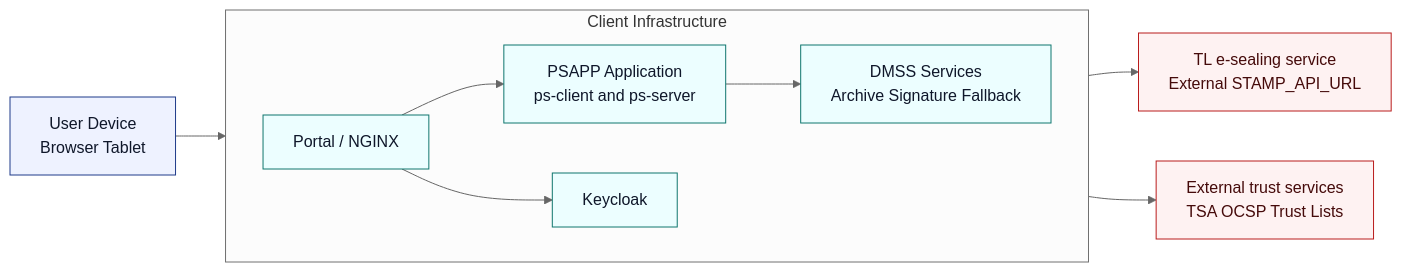
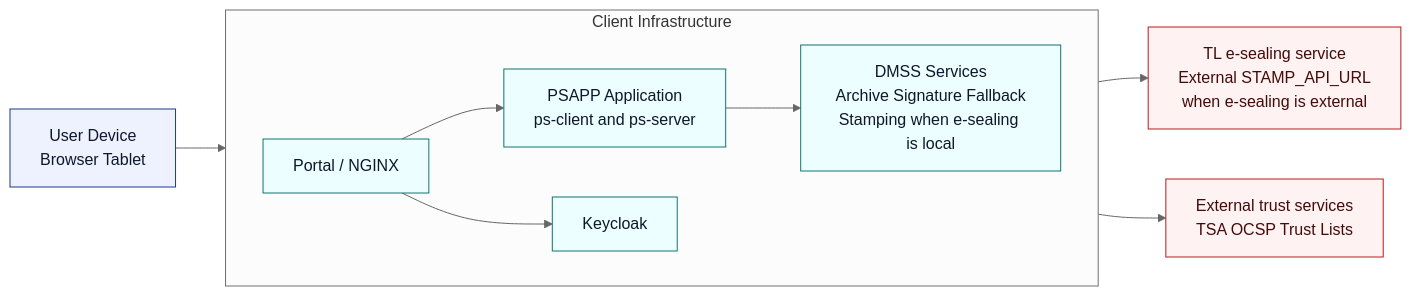
One commit to mihailsgo/ps-app-cloud-deployment changed the diagram in documentation/34-03-very-high-level-component-view.md. Above: the diagram before and after it, drawn with Mermaid (neutral theme). The commit also changed 11 other files, not shown here.

First line of the commit message:
docs: fix stale Keycloak, config and architecture docs found in the psapp audit

````diff
--- a/documentation/34-03-very-high-level-component-view.md
+++ b/documentation/34-03-very-high-level-component-view.md
@@ -3,26 +3,26 @@
 ```mermaid
 flowchart LR
   classDef user fill:#eef2ff,stroke:#1e3a8a,stroke-width:1px,color:#0f172a;
   classDef core fill:#ecfeff,stroke:#0f766e,stroke-width:1px,color:#0f172a;
   classDef ext fill:#fef2f2,stroke:#b91c1c,stroke-width:1px,color:#450a0a;
 
   User[User Device<br/>Browser Tablet]:::user
 
   subgraph ClientNet[Client Infrastructure]
     direction LR
     NGINX[Portal / NGINX]:::core
     PSAPP[PSAPP Application<br/>ps-client and ps-server]:::core
-    DMSS[DMSS Services<br/>Archive Signature Fallback]:::core
+    DMSS[DMSS Services<br/>Archive Signature Fallback<br/>Stamping when e-sealing is local]:::core
     IDP[Keycloak]:::core
   end
 
-  ESeal[TL e-sealing service<br/>External STAMP_API_URL]:::ext
+  ESeal[TL e-sealing service<br/>External STAMP_API_URL<br/>when e-sealing is external]:::ext
   Trust[External trust services<br/>TSA OCSP Trust Lists]:::ext
 
   User --> NGINX
   NGINX --> PSAPP
   NGINX --> IDP
   PSAPP --> DMSS
   PSAPP --> ESeal
   DMSS --> Trust
 ```
````
